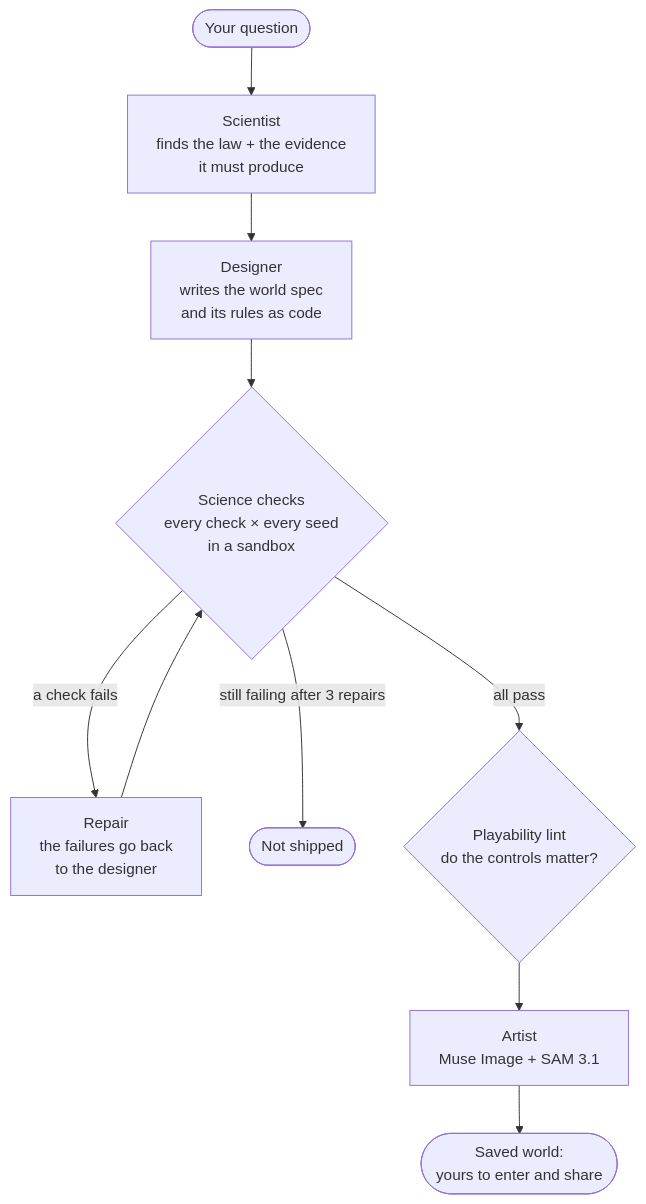
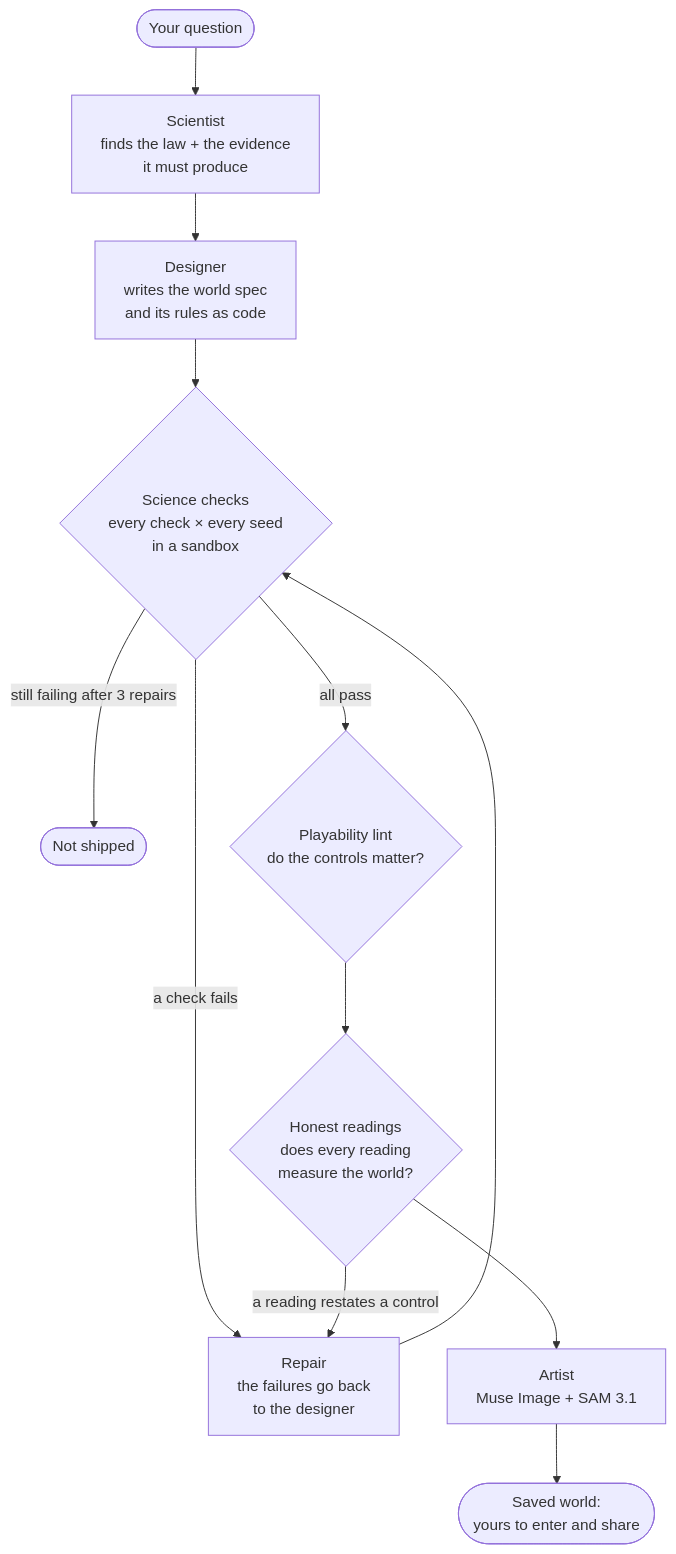
Before and after one commit to vidigoat/wonderland: the second of 3 diagrams in README.md, drawn with Mermaid. The commit also changed other lines of this file and 10 other files, not shown here.

````diff
--- a/README.md
+++ b/README.md
@@ -165,12 +165,14 @@
 ```mermaid
 flowchart TD
   Q([Your question]) --> S[Scientist<br/>finds the law + the evidence<br/>it must produce]
   S --> D[Designer<br/>writes the world spec<br/>and its rules as code]
   D --> C{Science checks<br/>every check × every seed<br/>in a sandbox}
   C -- a check fails --> R[Repair<br/>the failures go back<br/>to the designer]
   R --> C
   C -- still failing after 3 repairs --> X([Not shipped])
   C -- all pass --> PL{Playability lint<br/>do the controls matter?}
-  PL --> A[Artist<br/>Muse Image + SAM 3.1]
+  PL --> H{Honest readings<br/>does every reading<br/>measure the world?}
+  H -- a reading restates a control --> R
+  H --> A[Artist<br/>Muse Image + SAM 3.1]
   A --> W([Saved world:<br/>yours to enter and share])
 ```
````
